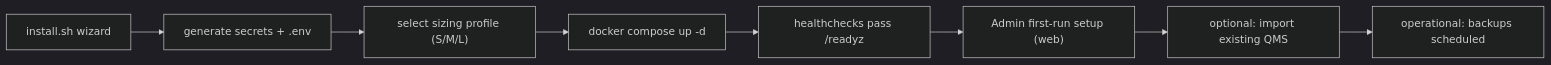
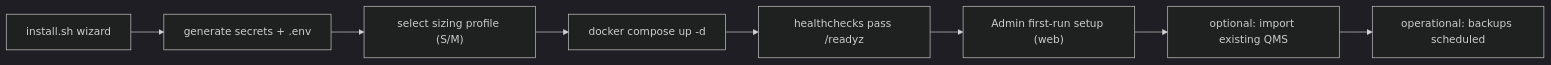
One commit to CoJoA13/EasySynQ changed the fifth of 5 diagrams in docs/03-architecture-and-stack.md. Above: the diagram before and after it, drawn with Mermaid (dark theme). The commit also changed other lines of this file and 43 other files, not shown here.

````diff
--- a/docs/03-architecture-and-stack.md
+++ b/docs/03-architecture-and-stack.md
@@ -391,10 +416,10 @@
 ```mermaid
 graph LR
     A["install.sh wizard"] --> B["generate secrets + .env"]
-    B --> C["select sizing profile (S/M/L)"]
+    B --> C["select sizing profile (S/M)"]
     C --> D["docker compose up -d"]
     D --> E["healthchecks pass /readyz"]
     E --> F["Admin first-run setup (web)"]
     F --> G["optional: import existing QMS"]
     G --> H["operational: backups scheduled"]
 ```
````
